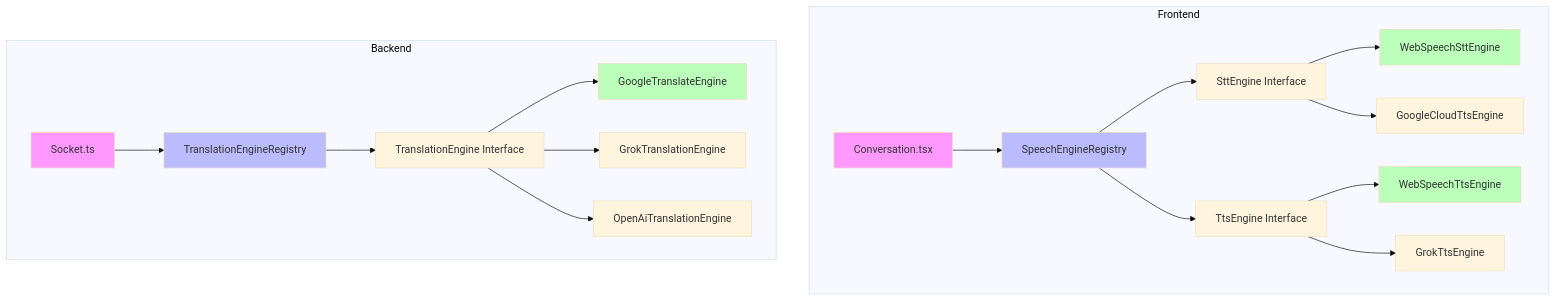
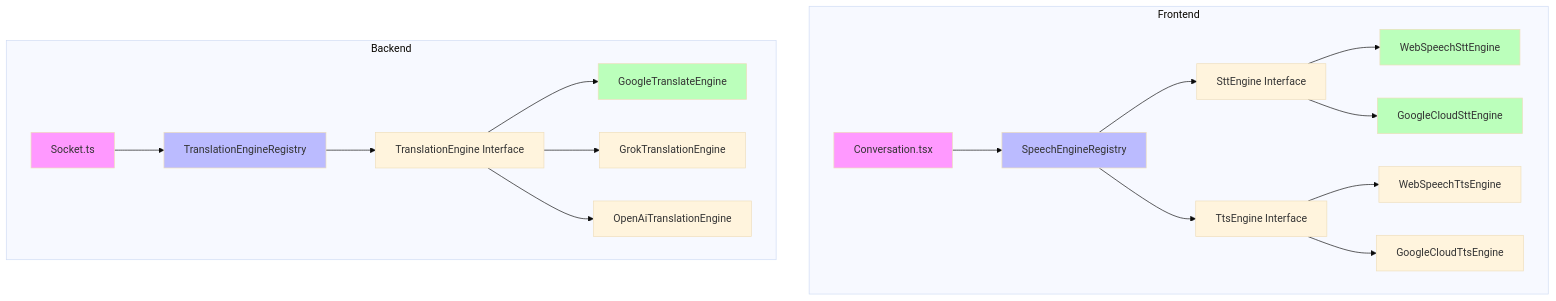
One commit to dawei41468/translator changed the diagram in CODEBASE-PATTERNS.md. Above: the diagram before and after it, drawn with Mermaid (base theme). The commit also changed other lines of this file and 8 other files, not shown here.

First line of the commit message:
feat(speech): add Google Cloud STT engine with Android PWA fallback

````diff
--- a/CODEBASE-PATTERNS.md
+++ b/CODEBASE-PATTERNS.md
@@ -249,28 +249,28 @@
 ```mermaid
 graph TB
     subgraph Frontend
         A[Conversation.tsx] --> B[SpeechEngineRegistry]
         B --> C[SttEngine Interface]
         B --> D[TtsEngine Interface]
         C --> E[WebSpeechSttEngine]
-        D --> F[WebSpeechTtsEngine]
-        C --> G[GoogleCloudTtsEngine]
-        D --> H[GrokTtsEngine]
+        C --> F[GoogleCloudSttEngine]
+        D --> G[WebSpeechTtsEngine]
+        D --> H[GoogleCloudTtsEngine]
     end
 
     subgraph Backend
         I[Socket.ts] --> J[TranslationEngineRegistry]
         J --> K[TranslationEngine Interface]
         K --> L[GoogleTranslateEngine]
         K --> M[GrokTranslationEngine]
         K --> N[OpenAiTranslationEngine]
     end
 
     style A fill:#f9f
     style I fill:#f9f
     style B fill:#bbf
     style J fill:#bbf
     style E fill:#bfb
     style F fill:#bfb
     style L fill:#bfb
 ```
````
